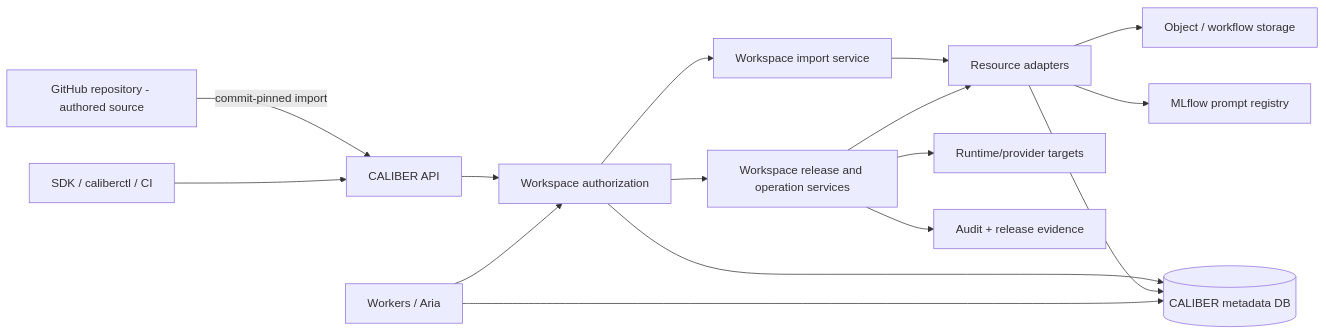
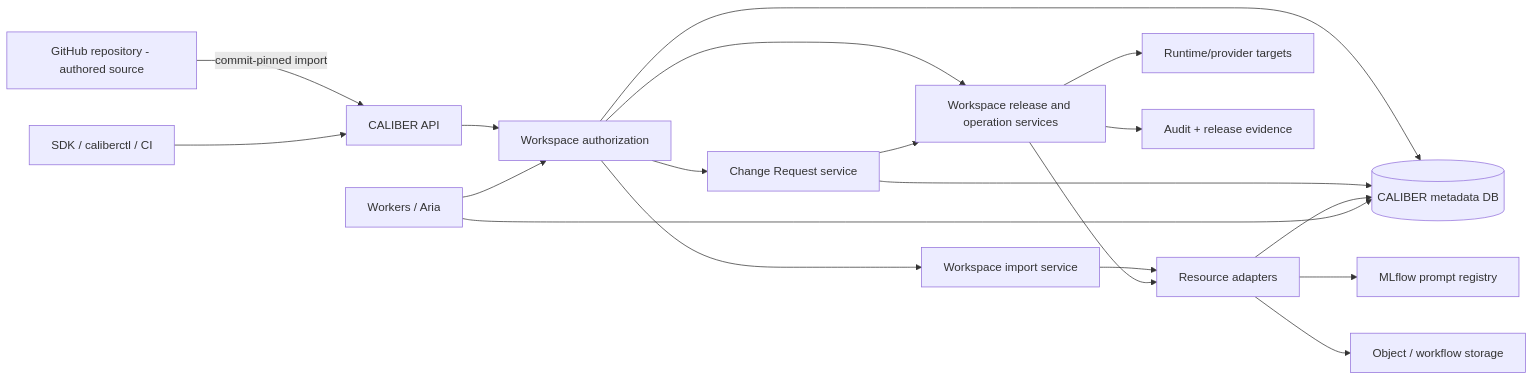
Before and after one commit to rrahimi-uci/caliber-suite: the sixth of 15 diagrams in docs/workspace-plan.md, drawn with Mermaid. The commit also changed other lines of this file, not shown here.

````diff
--- a/docs/workspace-plan.md
+++ b/docs/workspace-plan.md
@@ -1186,18 +1447,21 @@
 ```mermaid
 flowchart LR
     GH[GitHub repository - authored source] -->|commit-pinned import| API[CALIBER API]
     SDK[SDK / caliberctl / CI] --> API
     API --> AUTH[Workspace authorization]
     AUTH --> DB[(CALIBER metadata DB)]
     AUTH --> IMP[Workspace import service]
+    AUTH --> CR[Change Request service]
     AUTH --> REL[Workspace release and operation services]
     IMP --> ADAPT[Resource adapters]
+    CR --> DB
+    CR --> REL
     ADAPT --> DB
     ADAPT --> ML[MLflow prompt registry]
     ADAPT --> OBJ[Object / workflow storage]
     REL --> ADAPT
     REL --> EXT[Runtime/provider targets]
     REL --> AUDIT[Audit + release evidence]
     RUN[Workers / Aria] --> AUTH
     RUN --> DB
 ```
````
